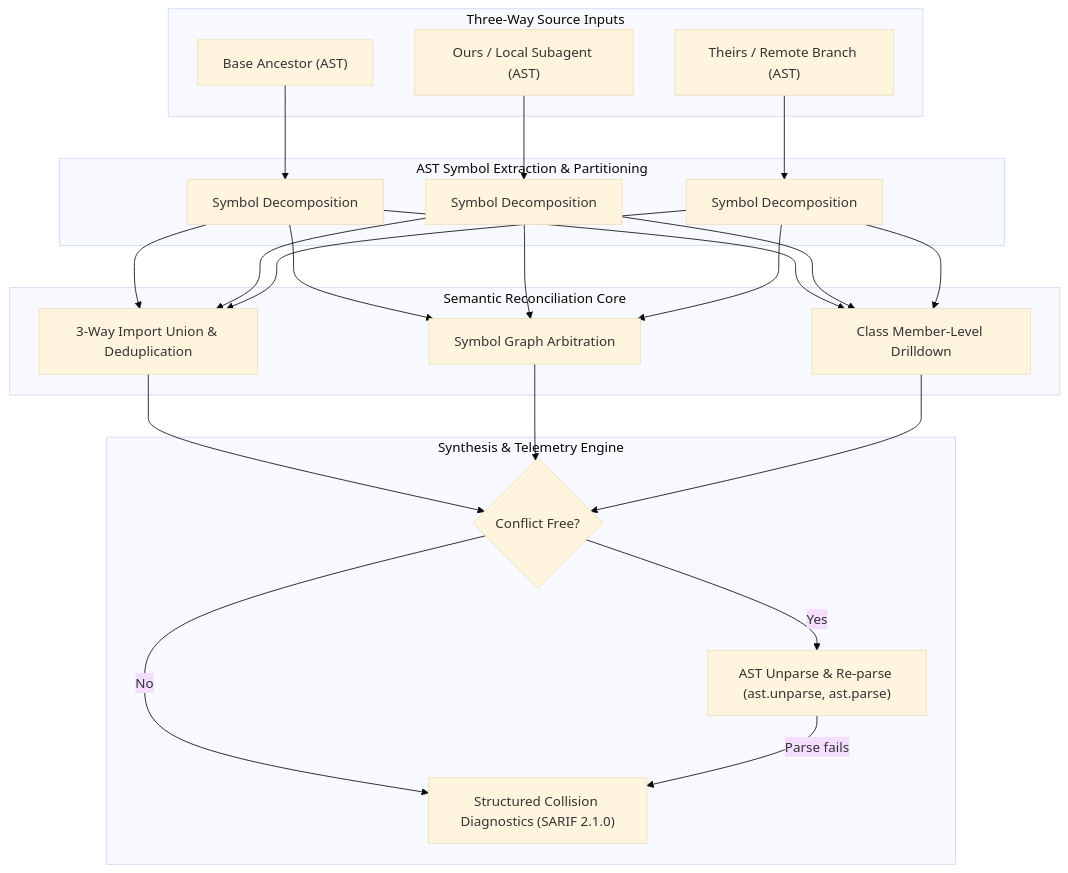
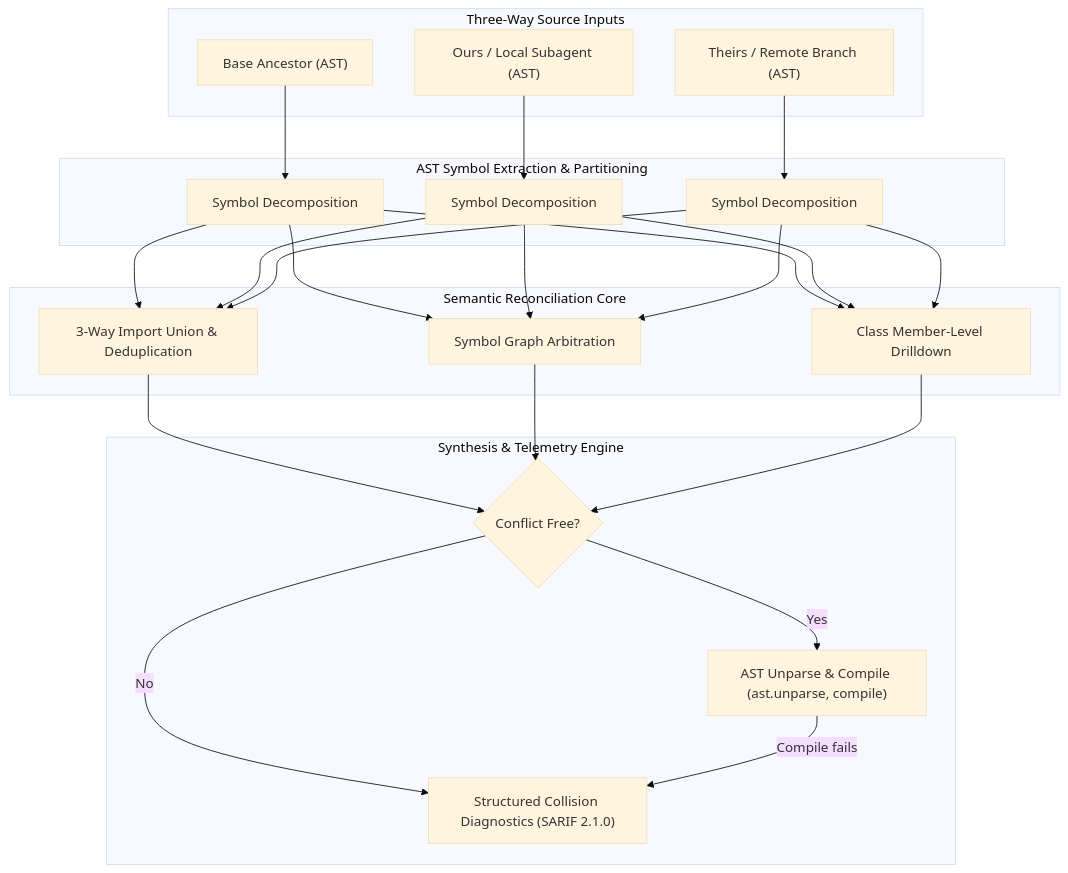
The diagram in examples/ast-semantic-reconciler/README.md (dan-petty/vibes), drawn with Mermaid (base theme) before and after one commit. The commit also changed other lines of this file and 6 other files, not shown here.

````diff
--- a/examples/ast-semantic-reconciler/README.md
+++ b/examples/ast-semantic-reconciler/README.md
@@ -24,27 +24,27 @@
 ```mermaid
 flowchart TD
     subgraph "Three-Way Source Inputs"
         B["Base Ancestor (AST)"]
         O["Ours / Local Subagent (AST)"]
         T["Theirs / Remote Branch (AST)"]
     end
 
     subgraph "AST Symbol Extraction & Partitioning"
         B --> EB["Symbol Decomposition"]
         O --> EO["Symbol Decomposition"]
         T --> ET["Symbol Decomposition"]
     end
 
     subgraph "Semantic Reconciliation Core"
         EB & EO & ET --> IR["3-Way Import Union & Deduplication"]
         EB & EO & ET --> SA["Symbol Graph Arbitration"]
         EB & EO & ET --> MR["Class Member-Level Drilldown"]
     end
 
     subgraph "Synthesis & Telemetry Engine"
         IR & SA & MR --> CC{"Conflict Free?"}
-        CC -- "Yes" --> CG["AST Unparse & Re-parse (ast.unparse, ast.parse)"]
+        CC -- "Yes" --> CG["AST Unparse & Compile (ast.unparse, compile)"]
         CC -- "No" --> CR["Structured Collision Diagnostics (SARIF 2.1.0)"]
-        CG -- "Parse fails" --> CR
+        CG -- "Compile fails" --> CR
     end
 ```
````
